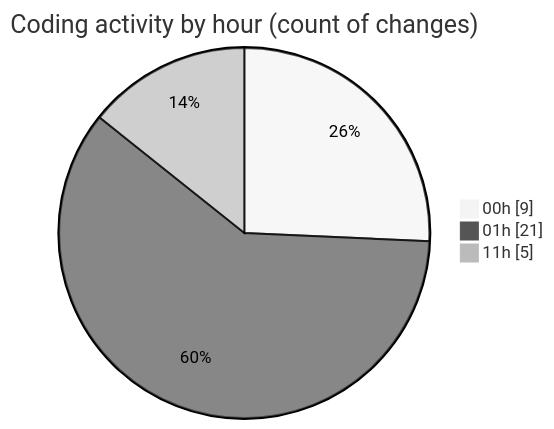
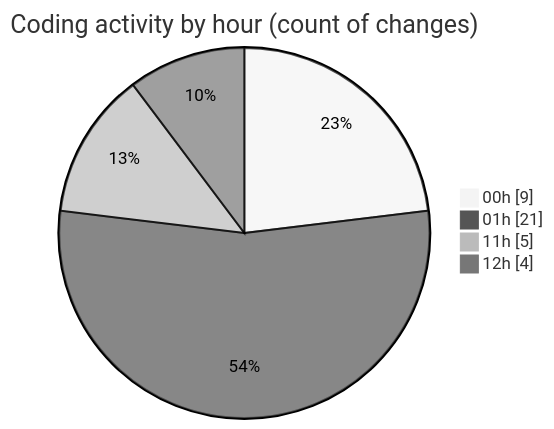
Before and after one commit to nxtqubesakshisongat/code-tracking: the second of 2 diagrams in 2025-10-25/javacript/README.md, drawn with Mermaid (neutral theme). The commit also changed other lines of this file and 1 other file, not shown here.

````diff
--- a/2025-10-25/javacript/README.md
+++ b/2025-10-25/javacript/README.md
@@ -28,7 +28,8 @@
 ```mermaid
 pie showData
 title Coding activity by hour (count of changes)
 "00h" : 9
 "01h" : 21
 "11h" : 5
+"12h" : 4
 ```
````
